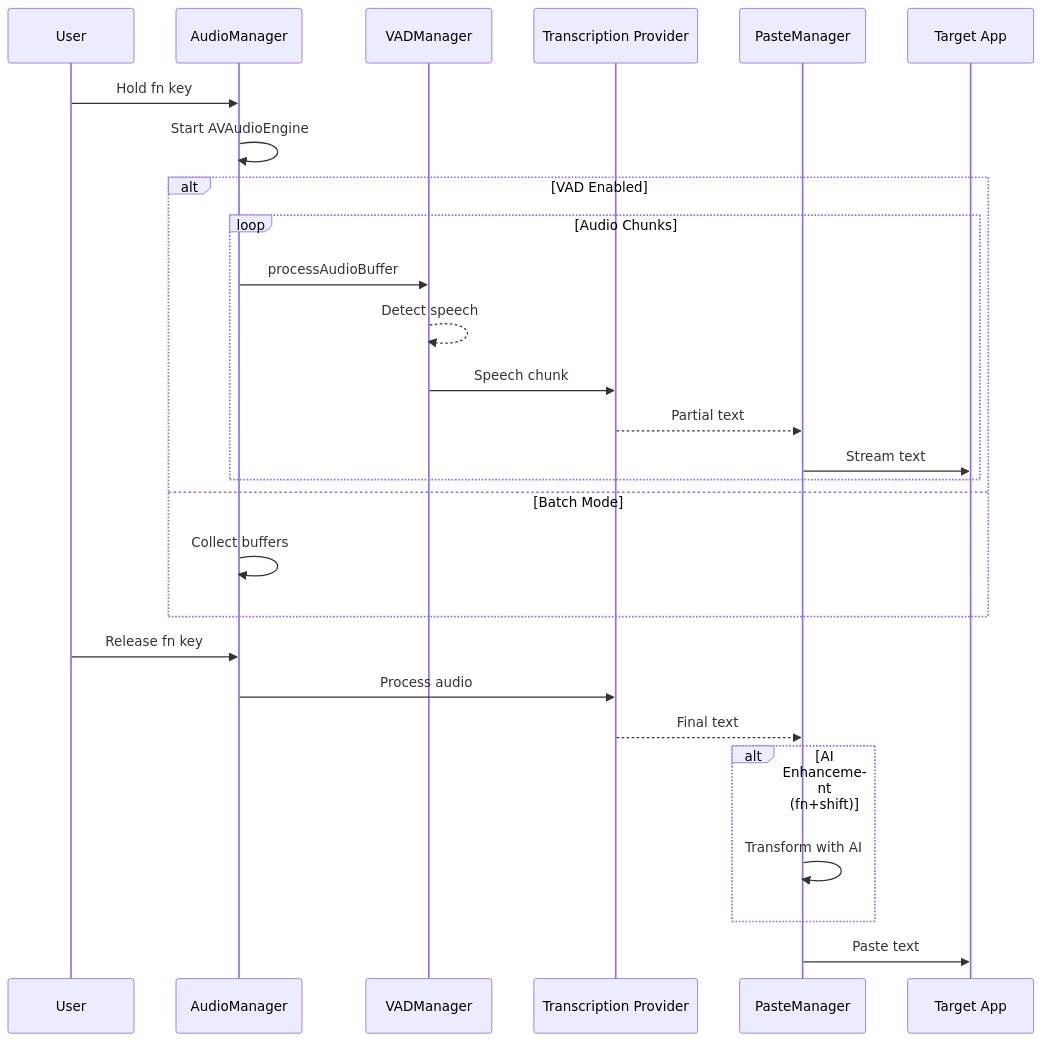
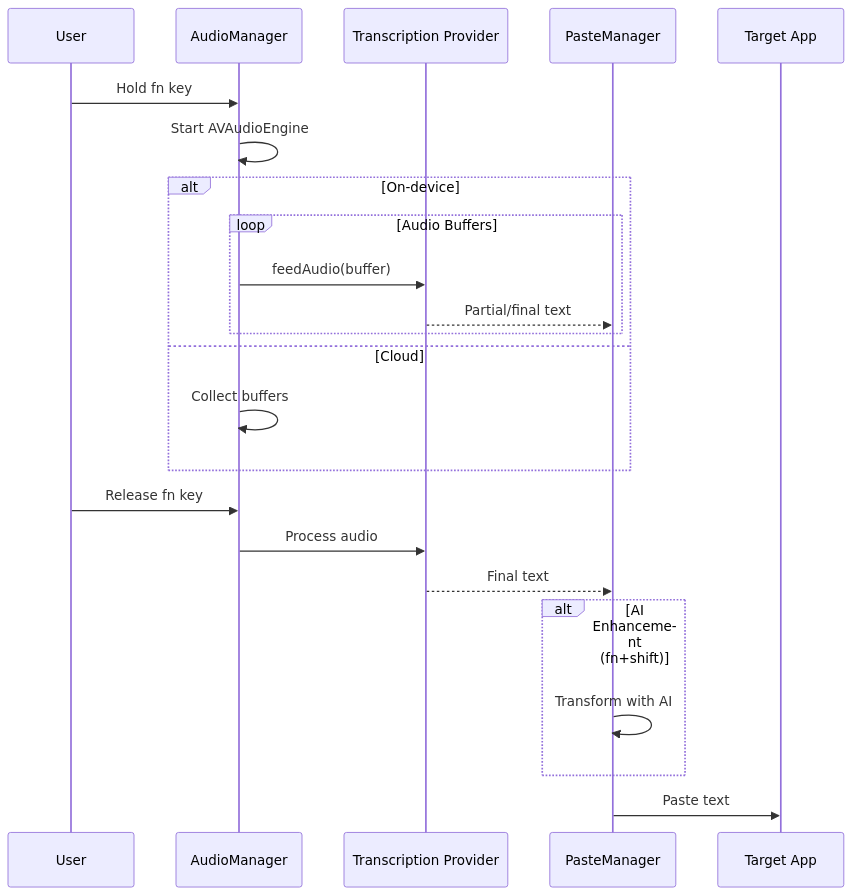
Before and after one commit to nasedkinpv/omri: the third of 5 diagrams in ARCHITECTURE.md, drawn with Mermaid. The commit also changed other lines of this file and 21 other files, not shown here.

````diff
--- a/ARCHITECTURE.md
+++ b/ARCHITECTURE.md
@@ -93,34 +94,30 @@
 ```mermaid
 sequenceDiagram
     participant User
     participant AudioManager
-    participant VAD as VADManager
     participant Provider as Transcription Provider
     participant PasteManager
     participant App as Target App
 
     User->>AudioManager: Hold fn key
     AudioManager->>AudioManager: Start AVAudioEngine
 
-    alt VAD Enabled
-        loop Audio Chunks
-            AudioManager->>VAD: processAudioBuffer
-            VAD-->>VAD: Detect speech
-            VAD->>Provider: Speech chunk
-            Provider-->>PasteManager: Partial text
-            PasteManager->>App: Stream text
+    alt On-device
+        loop Audio Buffers
+            AudioManager->>Provider: feedAudio(buffer)
+            Provider-->>PasteManager: Partial/final text
         end
-    else Batch Mode
+    else Cloud
         AudioManager->>AudioManager: Collect buffers
     end
 
     User->>AudioManager: Release fn key
     AudioManager->>Provider: Process audio
     Provider-->>PasteManager: Final text
 
     alt AI Enhancement (fn+shift)
         PasteManager->>PasteManager: Transform with AI
     end
 
     PasteManager->>App: Paste text
 ```
````
